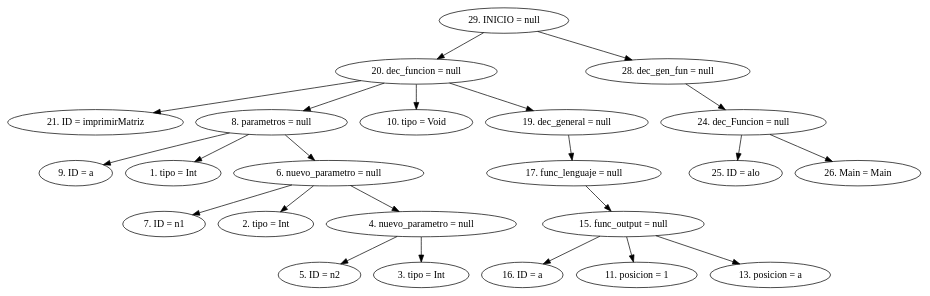
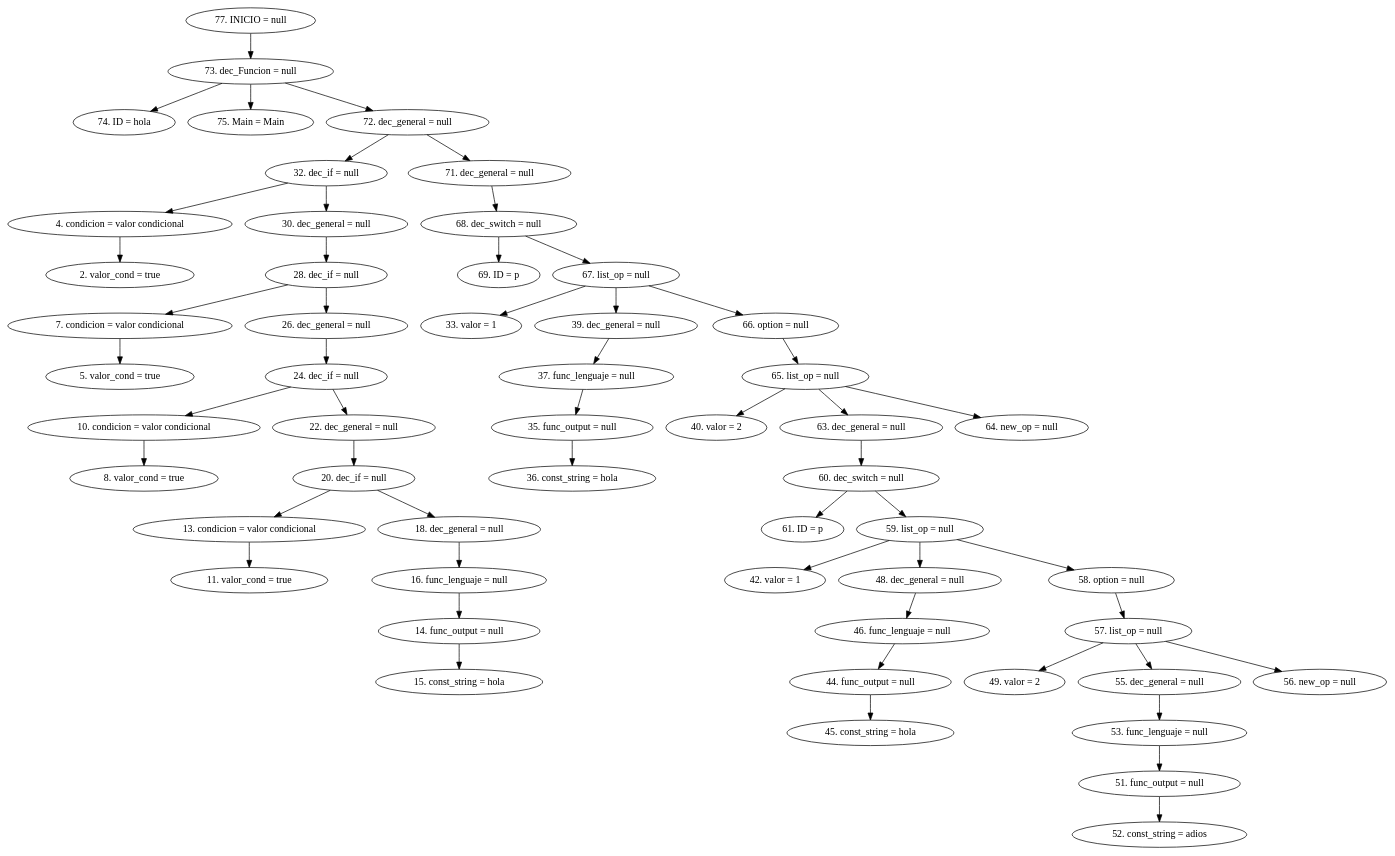
Before and after one commit to CarlosSosVos/NACHTs: the diagram in AST.dot, drawn with Graphviz. The commit also changed 37 other files, not shown here.

```diff
--- a/AST.dot
+++ b/AST.dot
@@ -1,26 +1,57 @@
 digraph G {
-"29. INICIO = null"->"20. dec_funcion = null"
-"20. dec_funcion = null"->"21. ID = imprimirMatriz"
-"20. dec_funcion = null"->"8. parametros = null"
-"8. parametros = null"->"9. ID = a"
-"8. parametros = null"->"1. tipo = Int"
-"8. parametros = null"->"6. nuevo_parametro = null"
-"6. nuevo_parametro = null"->"7. ID = n1"
-"6. nuevo_parametro = null"->"2. tipo = Int"
-"6. nuevo_parametro = null"->"4. nuevo_parametro = null"
-"4. nuevo_parametro = null"->"5. ID = n2"
-"4. nuevo_parametro = null"->"3. tipo = Int"
-"20. dec_funcion = null"->"10. tipo = Void"
-"20. dec_funcion = null"->"19. dec_general = null"
-"19. dec_general = null"->"17. func_lenguaje = null"
-"17. func_lenguaje = null"->"15. func_output = null"
-"15. func_output = null"->"16. ID = a"
-"15. func_output = null"->"11. posicion = 1"
-"15. func_output = null"->"13. posicion = a"
-"29. INICIO = null"->"28. dec_gen_fun = null"
-"28. dec_gen_fun = null"->"24. dec_Funcion = null"
-"24. dec_Funcion = null"->"25. ID = alo"
-"24. dec_Funcion = null"->"26. Main = Main"
+"77. INICIO = null"->"73. dec_Funcion = null"
+"73. dec_Funcion = null"->"74. ID = hola"
+"73. dec_Funcion = null"->"75. Main = Main"
+"73. dec_Funcion = null"->"72. dec_general = null"
+"72. dec_general = null"->"32. dec_if = null"
+"32. dec_if = null"->"4. condicion = valor condicional"
+"4. condicion = valor condicional"->"2. valor_cond = true"
+"32. dec_if = null"->"30. dec_general = null"
+"30. dec_general = null"->"28. dec_if = null"
+"28. dec_if = null"->"7. condicion = valor condicional"
+"7. condicion = valor condicional"->"5. valor_cond = true"
+"28. dec_if = null"->"26. dec_general = null"
+"26. dec_general = null"->"24. dec_if = null"
+"24. dec_if = null"->"10. condicion = valor condicional"
+"10. condicion = valor condicional"->"8. valor_cond = true"
+"24. dec_if = null"->"22. dec_general = null"
+"22. dec_general = null"->"20. dec_if = null"
+"20. dec_if = null"->"13. condicion = valor condicional"
+"13. condicion = valor condicional"->"11. valor_cond = true"
+"20. dec_if = null"->"18. dec_general = null"
+"18. dec_general = null"->"16. func_lenguaje = null"
+"16. func_lenguaje = null"->"14. func_output = null"
+"14. func_output = null"->"15. const_string = hola"
+"72. dec_general = null"->"71. dec_general = null"
+"71. dec_general = null"->"68. dec_switch = null"
+"68. dec_switch = null"->"69. ID = p"
+"68. dec_switch = null"->"67. list_op = null"
+"67. list_op = null"->"33. valor = 1"
+"67. list_op = null"->"39. dec_general = null"
+"39. dec_general = null"->"37. func_lenguaje = null"
+"37. func_lenguaje = null"->"35. func_output = null"
+"35. func_output = null"->"36. const_string = hola"
+"67. list_op = null"->"66. option = null"
+"66. option = null"->"65. list_op = null"
+"65. list_op = null"->"40. valor = 2"
+"65. list_op = null"->"63. dec_general = null"
+"63. dec_general = null"->"60. dec_switch = null"
+"60. dec_switch = null"->"61. ID = p"
+"60. dec_switch = null"->"59. list_op = null"
+"59. list_op = null"->"42. valor = 1"
+"59. list_op = null"->"48. dec_general = null"
+"48. dec_general = null"->"46. func_lenguaje = null"
+"46. func_lenguaje = null"->"44. func_output = null"
+"44. func_output = null"->"45. const_string = hola"
+"59. list_op = null"->"58. option = null"
+"58. option = null"->"57. list_op = null"
+"57. list_op = null"->"49. valor = 2"
+"57. list_op = null"->"55. dec_general = null"
+"55. dec_general = null"->"53. func_lenguaje = null"
+"53. func_lenguaje = null"->"51. func_output = null"
+"51. func_output = null"->"52. const_string = adios"
+"57. list_op = null"->"56. new_op = null"
+"65. list_op = null"->"64. new_op = null"
 
 
 }
```
